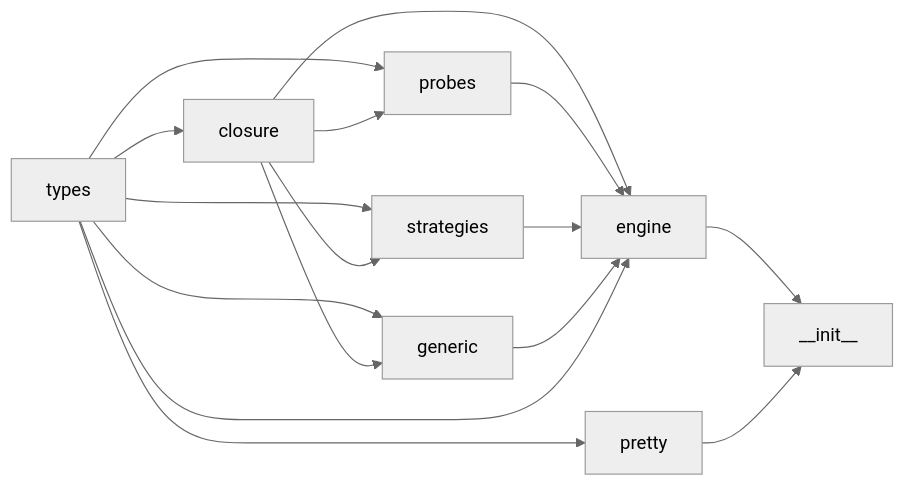
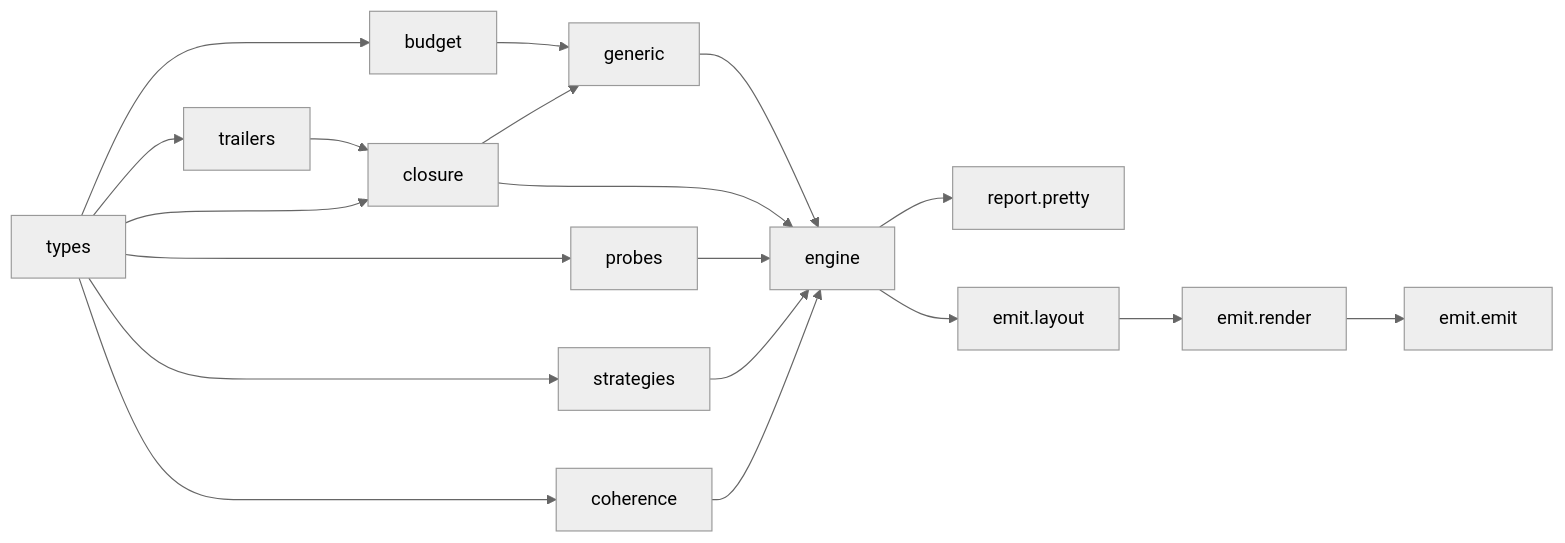
The second of 2 diagrams in .kiro/specs/structure-inference-engine/design.md (RAK2315/necropsy), drawn with Mermaid (neutral theme) before and after one commit. The commit also changed other lines of this file and 2 other files, not shown here.

Commit message:
Spec: structure-inference-engine requirements, design and task list

````diff
--- a/.kiro/specs/structure-inference-engine/design.md
+++ b/.kiro/specs/structure-inference-engine/design.md
@@ -71,18 +93,21 @@
 ```mermaid
 flowchart LR
+    types --> budget
+    types --> trailers
+    trailers --> closure
     types --> closure
     types --> probes
     types --> strategies
-    types --> generic
-    types --> pretty
-    closure --> probes
-    closure --> strategies
     closure --> generic
+    budget --> generic
+    types --> coherence
     closure --> engine
     probes --> engine
     strategies --> engine
     generic --> engine
-    types --> engine
-    engine --> init["__init__"]
-    pretty --> init
+    coherence --> engine
+    engine --> report_pretty[report.pretty]
+    engine --> emit_layout[emit.layout]
+    emit_layout --> emit_render[emit.render]
+    emit_render --> emit_emit[emit.emit]
 ```
````
